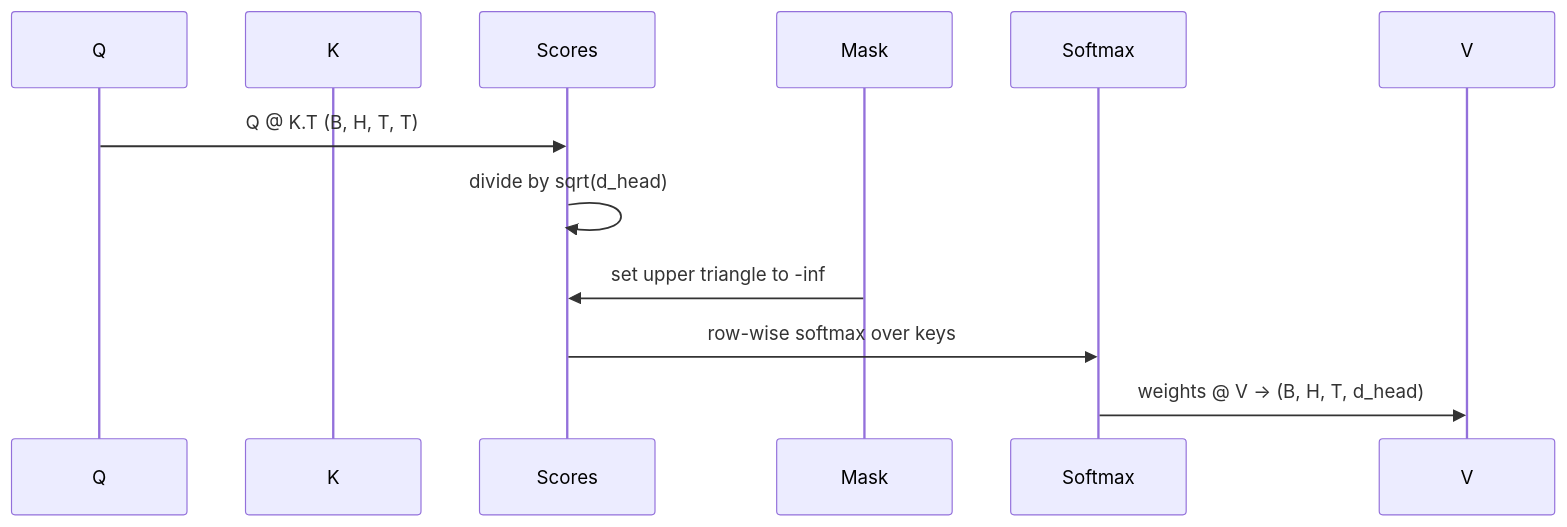
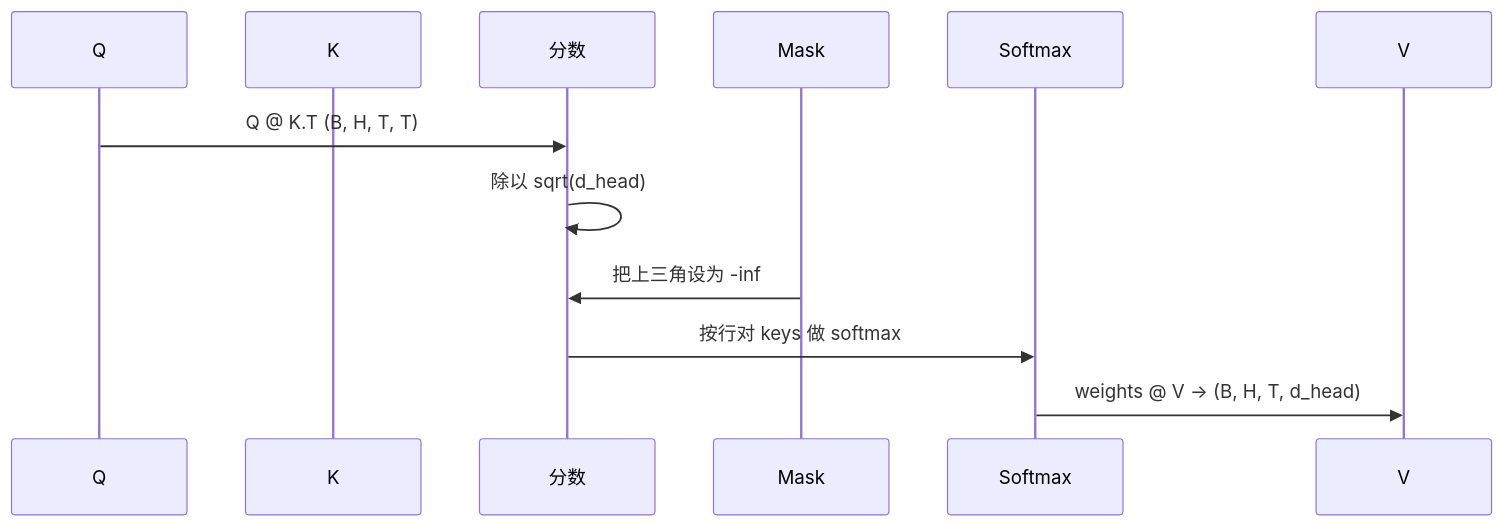
The second of 2 diagrams in phases/19-capstone-projects/33-multihead-self-attention/docs/zh.md (alessandrodinisio-ai/ai-engineering-learning-framework), drawn with Mermaid before and after one commit. The commit also changed other lines of this file and 120 other files, not shown here.

First line of the commit message:
i18n(mermaid): 337 个 mermaid 图表标签中文化

````diff
--- a/phases/19-capstone-projects/33-multihead-self-attention/docs/zh.md
+++ b/phases/19-capstone-projects/33-multihead-self-attention/docs/zh.md
@@ -65,14 +65,14 @@
 ```mermaid
 sequenceDiagram
     participant Q
     participant K
-    participant Scores
+    participant Scores as 分数
     participant Mask
     participant Softmax
     participant V
     Q->>Scores: Q @ K.T (B, H, T, T)
-    Scores->>Scores: divide by sqrt(d_head)
-    Mask->>Scores: set upper triangle to -inf
-    Scores->>Softmax: row-wise softmax over keys
+    Scores->>Scores: 除以 sqrt(d_head)
+    Mask->>Scores: 把上三角设为 -inf
+    Scores->>Softmax: 按行对 keys 做 softmax
     Softmax->>V: weights @ V -> (B, H, T, d_head)
 ```
````
